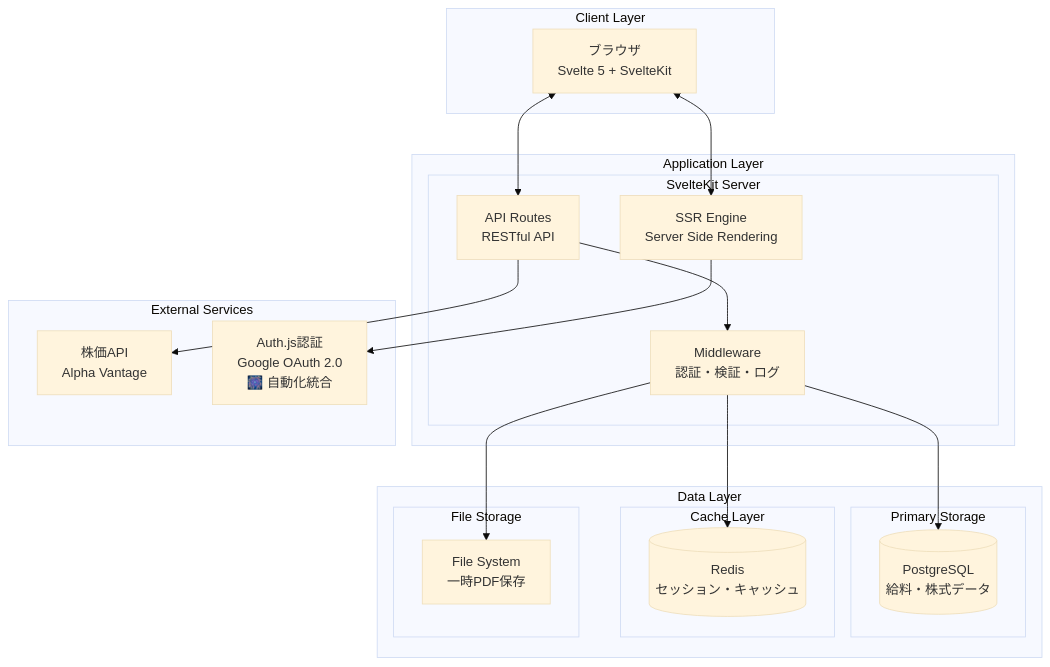
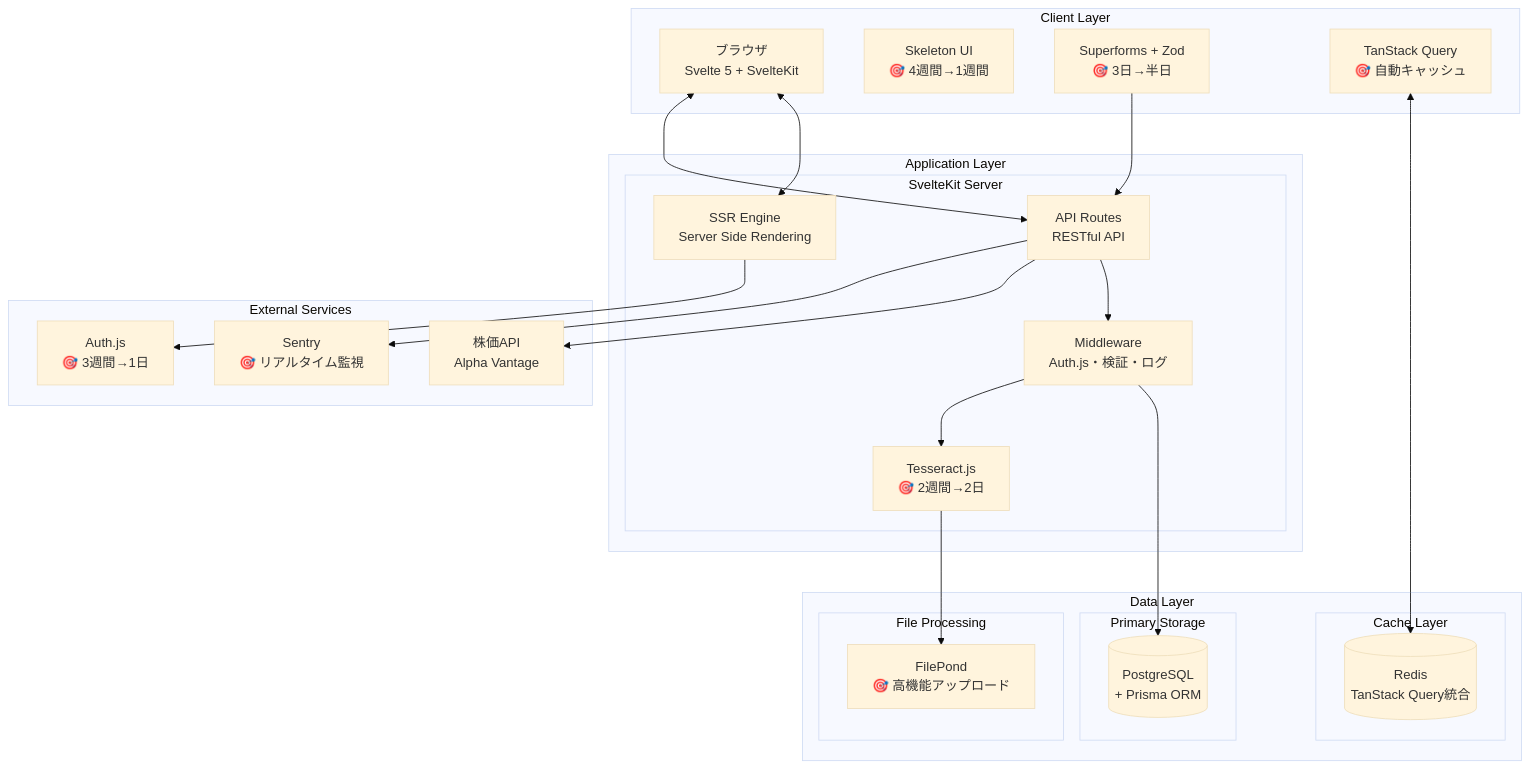
The first of 10 diagrams in docs/basic-design/04-01_system-architecture.md (Tora29/salary-management), drawn with Mermaid (base theme) before and after one commit. The commit also changed other lines of this file and 14 other files, not shown here.

````diff
--- a/docs/basic-design/04-01_system-architecture.md
+++ b/docs/basic-design/04-01_system-architecture.md
@@ -17,40 +17,48 @@
 ```mermaid
 graph TB
     subgraph "Client Layer"
         Browser[ブラウザ<br/>Svelte 5 + SvelteKit]
+        UI[Skeleton UI<br/>🎯 4週間→1週間]
+        Forms[Superforms + Zod<br/>🎯 3日→半日]
+        Query[TanStack Query<br/>🎯 自動キャッシュ]
     end
     
     subgraph "Application Layer"
         subgraph "SvelteKit Server"
             API[API Routes<br/>RESTful API]
             SSR[SSR Engine<br/>Server Side Rendering]
-            MW[Middleware<br/>認証・検証・ログ]
+            MW[Middleware<br/>Auth.js・検証・ログ]
+            OCR[Tesseract.js<br/>🎯 2週間→2日]
         end
     end
     
     subgraph "Data Layer"
         subgraph "Primary Storage"
-            DB[(PostgreSQL<br/>給料・株式データ)]
+            DB[(PostgreSQL<br/>+ Prisma ORM)]
         end
         subgraph "Cache Layer"
-            Cache[(Redis<br/>セッション・キャッシュ)]
+            Cache[(Redis<br/>TanStack Query統合)]
         end
-        subgraph "File Storage"
-            FS[File System<br/>一時PDF保存]
+        subgraph "File Processing"
+            FP[FilePond<br/>🎯 高機能アップロード]
         end
     end
     
     subgraph "External Services"
         StockAPI[株価API<br/>Alpha Vantage]
-        Auth[Auth.js認証<br/>Google OAuth 2.0<br/>🎆 自動化統合]
+        Auth[Auth.js<br/>🎯 3週間→1日]
+        Sentry[Sentry<br/>🎯 リアルタイム監視]
     end
     
     Browser <--> SSR
     Browser <--> API
+    Query <--> Cache
+    Forms --> API
     API --> MW
     MW --> DB
-    MW --> Cache
-    MW --> FS
+    MW --> OCR
+    OCR --> FP
     API --> StockAPI
     SSR --> Auth
+    API --> Sentry
 ```
````
